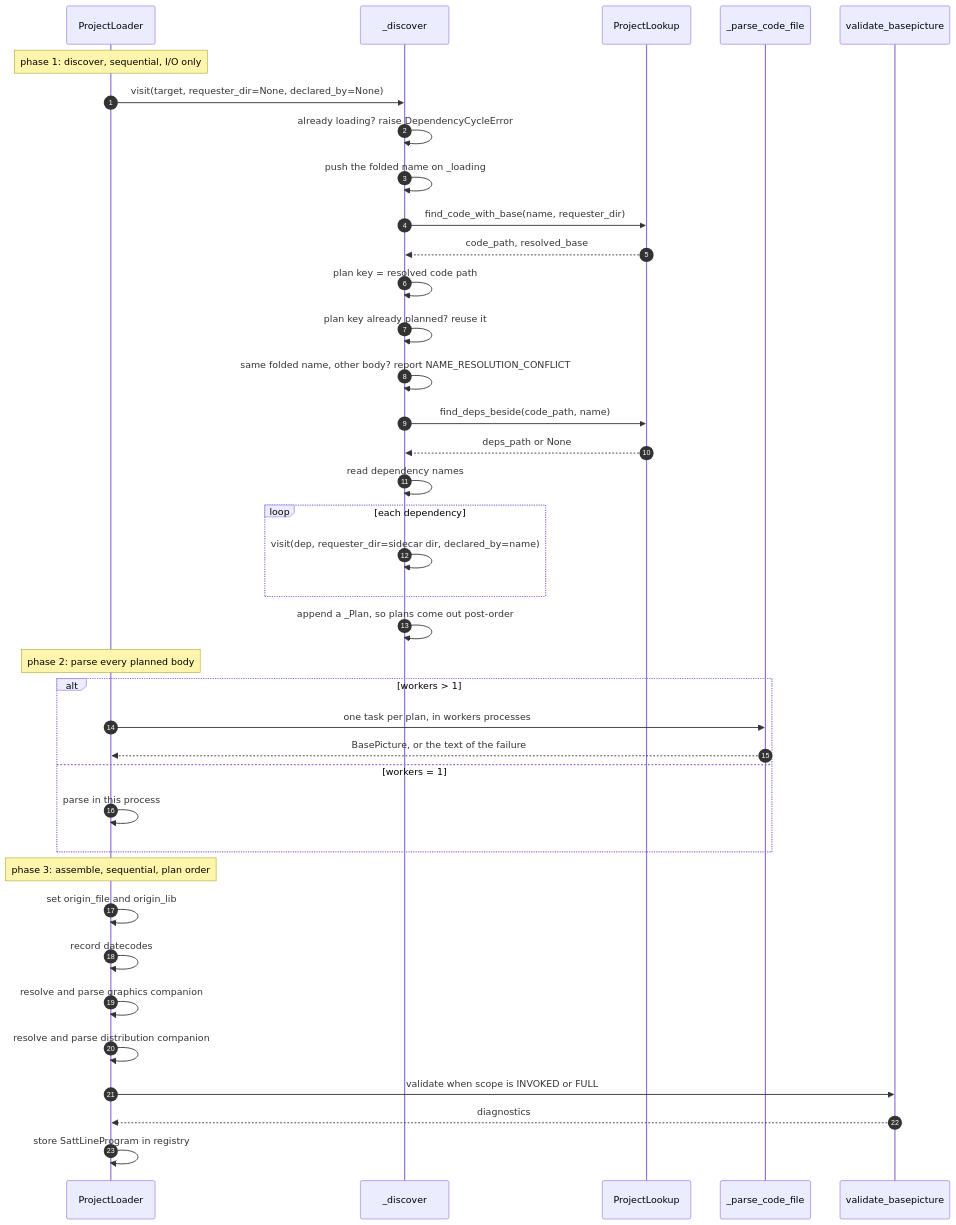
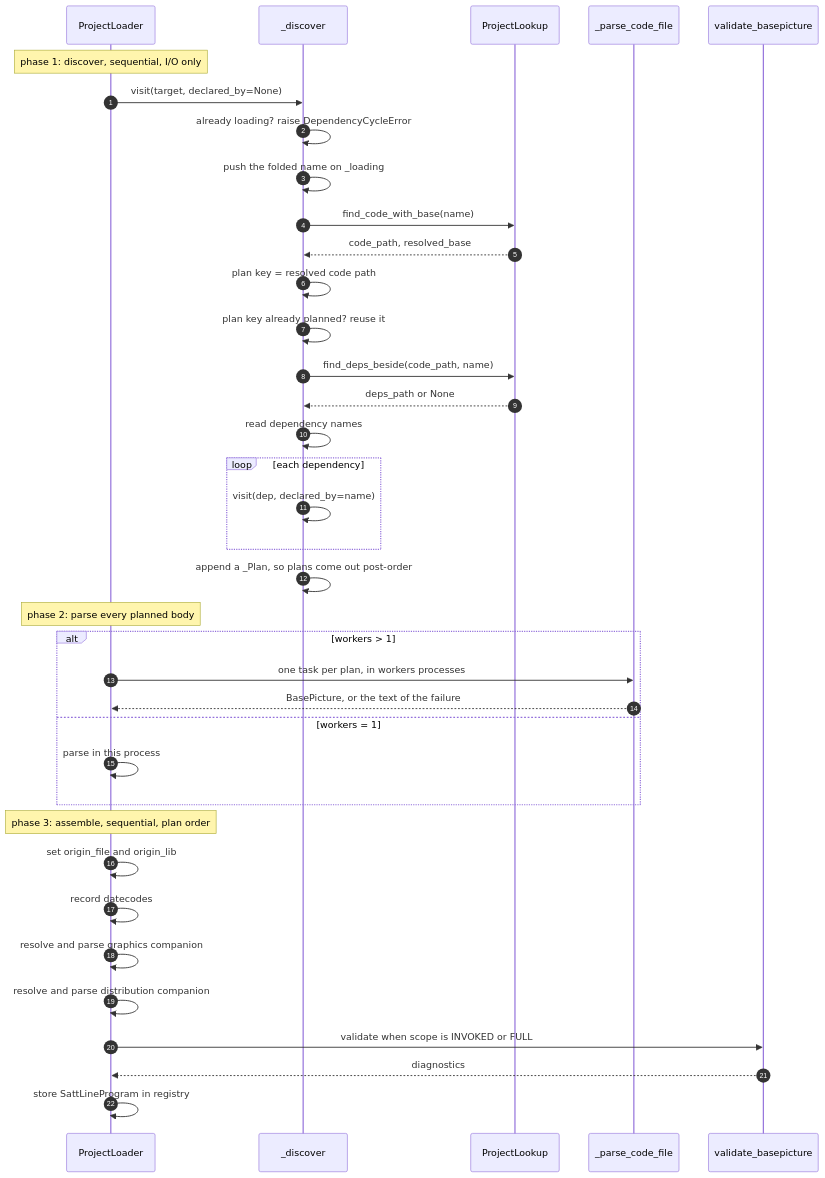
Before and after one commit to SorenHJohansen/sattline-parser: the third of 7 diagrams in docs/project.md, drawn with Mermaid. The commit also changed other lines of this file and 15 other files, not shown here.

````diff
--- a/docs/project.md
+++ b/docs/project.md
@@ -110,41 +112,40 @@
 ```mermaid
 sequenceDiagram
     autonumber
     participant L as ProjectLoader
     participant V as _discover
     participant F as ProjectLookup
     participant P as _parse_code_file
     participant VAL as validate_basepicture
 
     Note over L: phase 1: discover, sequential, I/O only
-    L->>V: visit(target, requester_dir=None, declared_by=None)
+    L->>V: visit(target, declared_by=None)
     V->>V: already loading? raise DependencyCycleError
     V->>V: push the folded name on _loading
-    V->>F: find_code_with_base(name, requester_dir)
+    V->>F: find_code_with_base(name)
     F-->>V: code_path, resolved_base
     V->>V: plan key = resolved code path
     V->>V: plan key already planned? reuse it
-    V->>V: same folded name, other body? report NAME_RESOLUTION_CONFLICT
     V->>F: find_deps_beside(code_path, name)
     F-->>V: deps_path or None
     V->>V: read dependency names
     loop each dependency
-        V->>V: visit(dep, requester_dir=sidecar dir, declared_by=name)
+        V->>V: visit(dep, declared_by=name)
     end
     V->>V: append a _Plan, so plans come out post-order
     Note over L: phase 2: parse every planned body
     alt workers > 1
         L->>P: one task per plan, in workers processes
         P-->>L: BasePicture, or the text of the failure
     else workers = 1
         L->>L: parse in this process
     end
     Note over L: phase 3: assemble, sequential, plan order
     L->>L: set origin_file and origin_lib
     L->>L: record datecodes
     L->>L: resolve and parse graphics companion
     L->>L: resolve and parse distribution companion
     L->>VAL: validate when scope is INVOKED or FULL
     VAL-->>L: diagnostics
     L->>L: store SattLineProgram in registry
 ```
````
